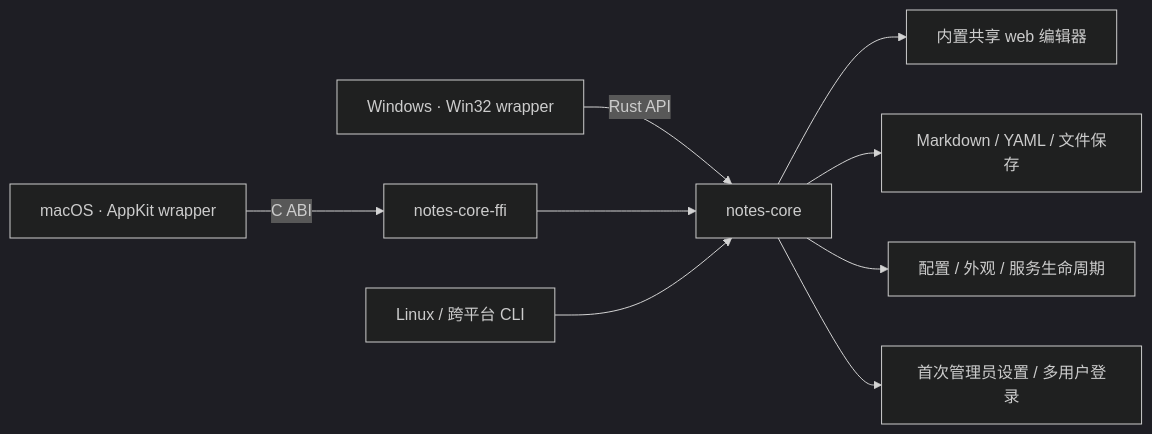
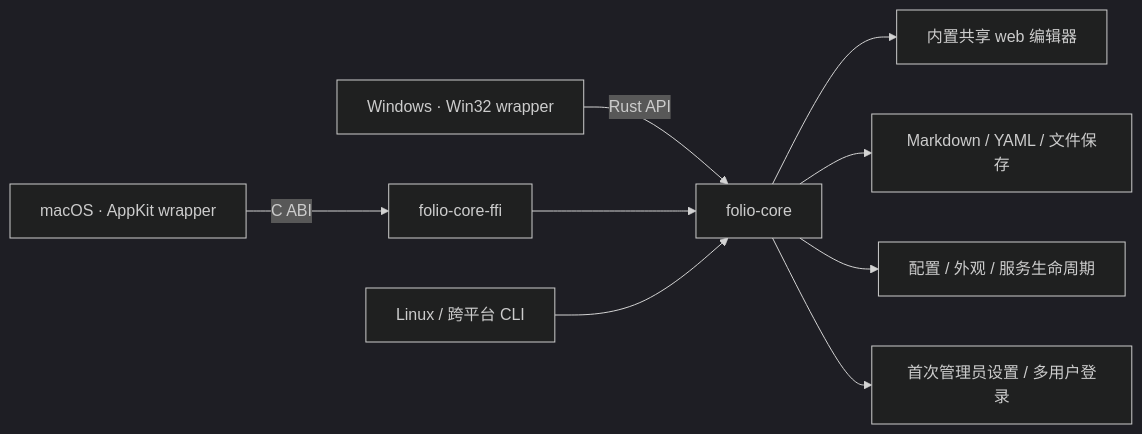
Before and after one commit to HSPK/folio: the diagram in README.md, drawn with Mermaid (dark theme). The commit also changed other lines of this file and 268 other files, not shown here.

````diff
--- a/README.md
+++ b/README.md
@@ -9,11 +54,11 @@
 ```mermaid
 flowchart LR
-  Windows["Windows · Win32 wrapper"] -->|Rust API| Core["notes-core"]
-  macOS["macOS · AppKit wrapper"] -->|C ABI| Bridge["notes-core-ffi"]
+  Windows["Windows · Win32 wrapper"] -->|Rust API| Core["folio-core"]
+  macOS["macOS · AppKit wrapper"] -->|C ABI| Bridge["folio-core-ffi"]
   Bridge --> Core
   CLI["Linux / 跨平台 CLI"] --> Core
   Core --> Web["内置共享 web 编辑器"]
   Core --> Files["Markdown / YAML / 文件保存"]
   Core --> Settings["配置 / 外观 / 服务生命周期"]
   Core --> Auth["首次管理员设置 / 多用户登录"]
 ```
````
